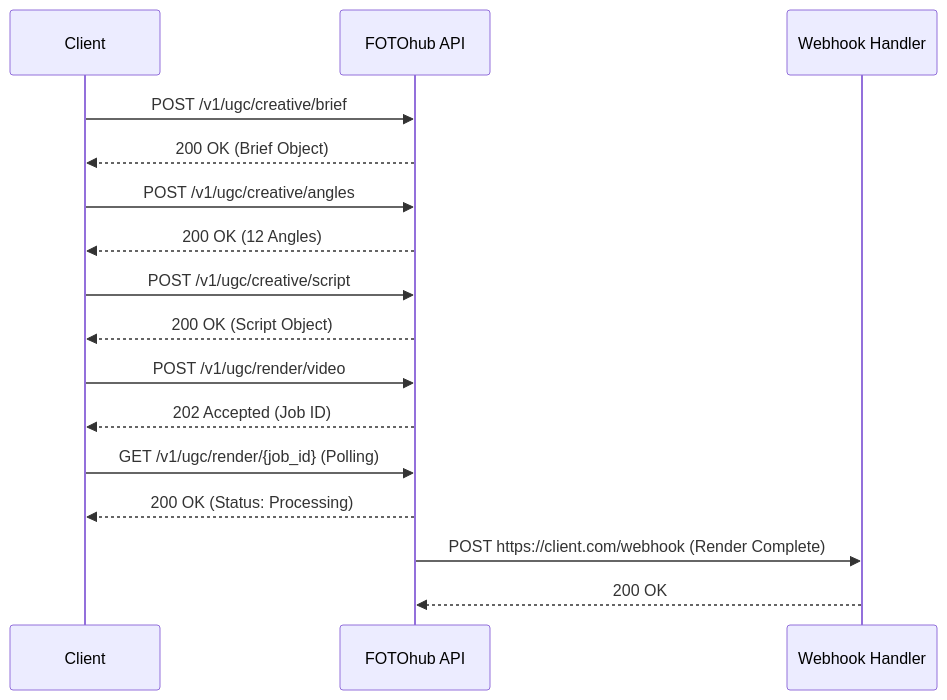
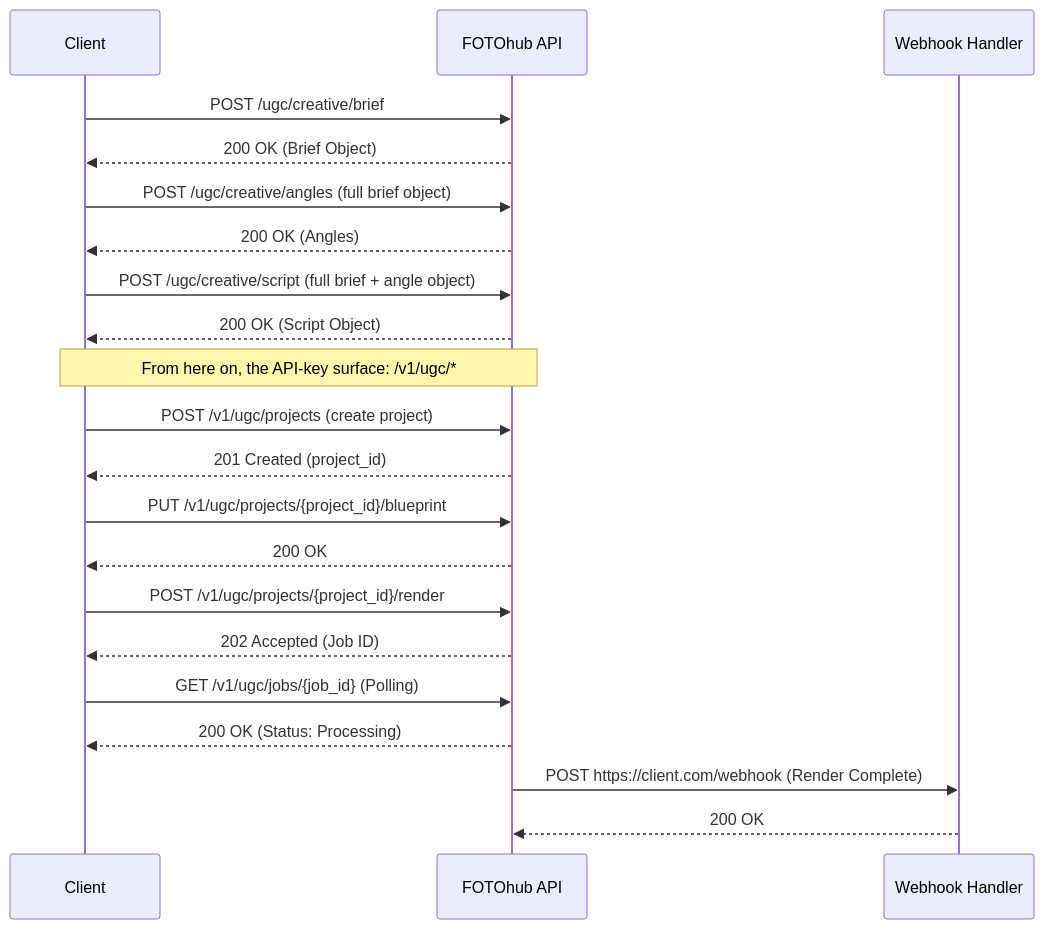
The second of 2 diagrams in api/ugc-studio.md (fotohubapp/docs), drawn with Mermaid before and after one commit. The commit also changed other lines of this file and 91 other files, not shown here.

````diff
--- a/api/ugc-studio.md
+++ b/api/ugc-studio.md
@@ -76,24 +79,32 @@
 ```mermaid
 sequenceDiagram
     participant C as Client
     participant API as FOTOhub API
     participant W as Webhook Handler
     
-    C->>API: POST /v1/ugc/creative/brief
+    C->>API: POST /ugc/creative/brief
     API-->>C: 200 OK (Brief Object)
     
-    C->>API: POST /v1/ugc/creative/angles
-    API-->>C: 200 OK (12 Angles)
+    C->>API: POST /ugc/creative/angles (full brief object)
+    API-->>C: 200 OK (Angles)
     
-    C->>API: POST /v1/ugc/creative/script
+    C->>API: POST /ugc/creative/script (full brief + angle object)
     API-->>C: 200 OK (Script Object)
     
-    C->>API: POST /v1/ugc/render/video
+    Note over C,API: From here on, the API-key surface: /v1/ugc/*
+    
+    C->>API: POST /v1/ugc/projects (create project)
+    API-->>C: 201 Created (project_id)
+    
+    C->>API: PUT /v1/ugc/projects/{project_id}/blueprint
+    API-->>C: 200 OK
+    
+    C->>API: POST /v1/ugc/projects/{project_id}/render
     API-->>C: 202 Accepted (Job ID)
     
-    C->>API: GET /v1/ugc/render/{job_id} (Polling)
+    C->>API: GET /v1/ugc/jobs/{job_id} (Polling)
     API-->>C: 200 OK (Status: Processing)
     
     API->>W: POST https://client.com/webhook (Render Complete)
     W-->>API: 200 OK
 ```
````
